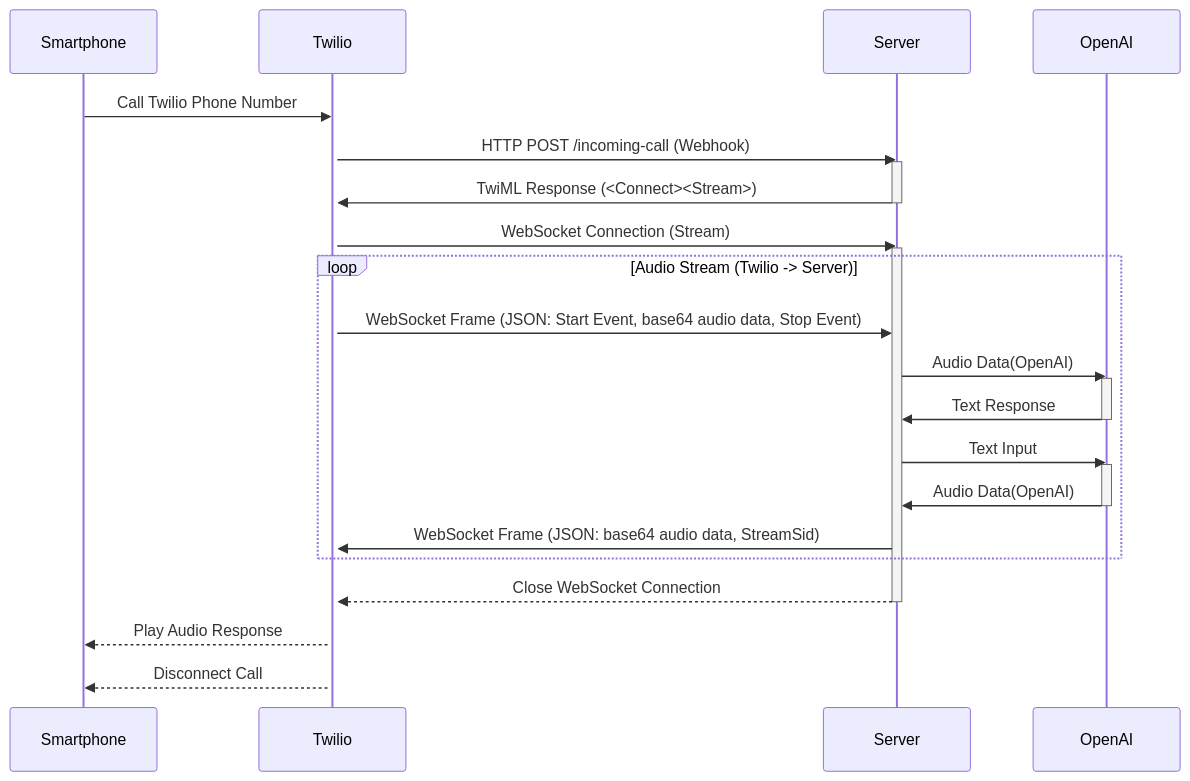
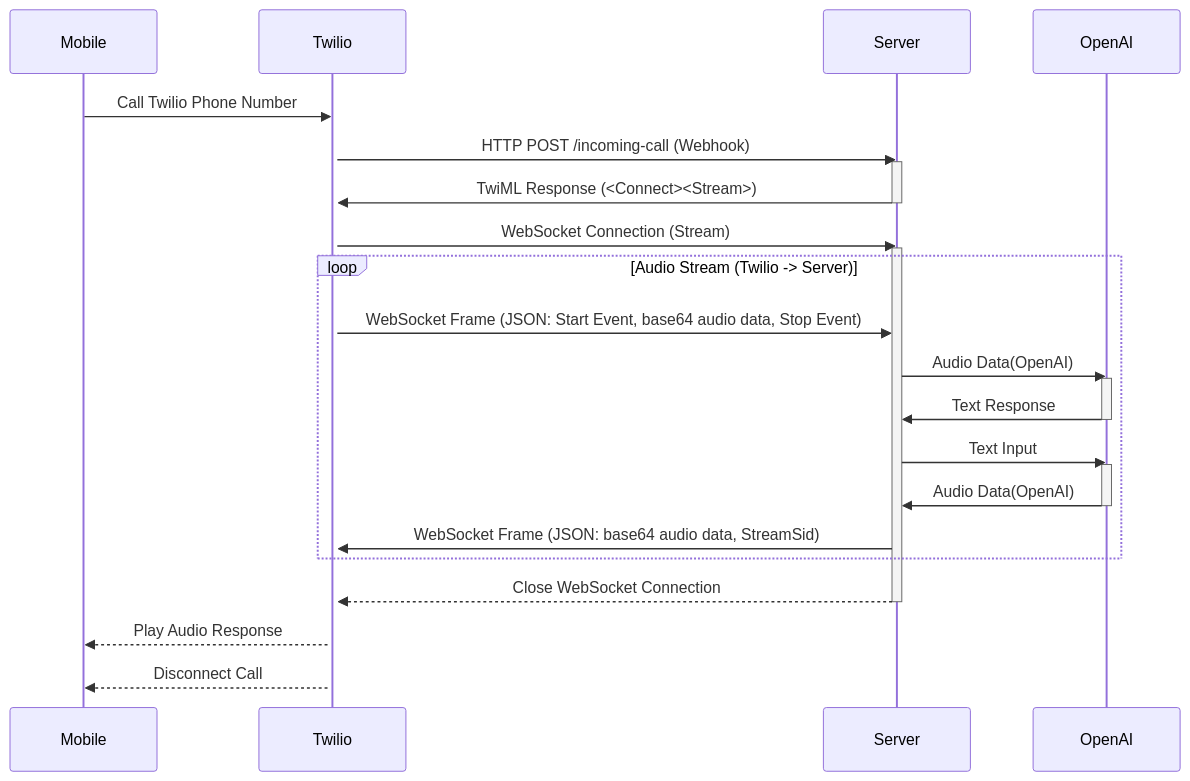
Before and after one commit to htsuruo/twilio-openai-realtime-call: the diagram in README.md, drawn with Mermaid. The commit also changed other lines of this file, not shown here.

````diff
--- a/README.md
+++ b/README.md
@@ -42,33 +46,33 @@
 ```mermaid
 sequenceDiagram
-    participant Smartphone
+    participant Mobile
     participant Twilio
     participant Server
     participant OpenAI
 
-    Smartphone->>Twilio: Call Twilio Phone Number
+    Mobile->>Twilio: Call Twilio Phone Number
     activate Twilio
     Twilio->>Server: HTTP POST /incoming-call (Webhook)
     activate Server
     Server->>Twilio: TwiML Response (<Connect><Stream>)
     deactivate Server
     Twilio->>Server: WebSocket Connection (Stream)
     activate Server
     loop Audio Stream (Twilio -> Server)
         Twilio->>Server: WebSocket Frame (JSON: Start Event, base64 audio data, Stop Event)
         Server->>OpenAI: Audio Data(OpenAI)
         activate OpenAI
         OpenAI->>Server: Text Response
         deactivate OpenAI
         Server->>OpenAI: Text Input
         activate OpenAI
         OpenAI->>Server: Audio Data(OpenAI)
          deactivate OpenAI
           Server->>Twilio:  WebSocket Frame (JSON: base64 audio data, StreamSid)
     end
     Server-->>Twilio:  Close WebSocket Connection
     deactivate Server
-    Twilio-->>Smartphone: Play Audio Response
+    Twilio-->>Mobile: Play Audio Response
 
-    Twilio-->>Smartphone: Disconnect Call
+    Twilio-->>Mobile: Disconnect Call
 ```
````
